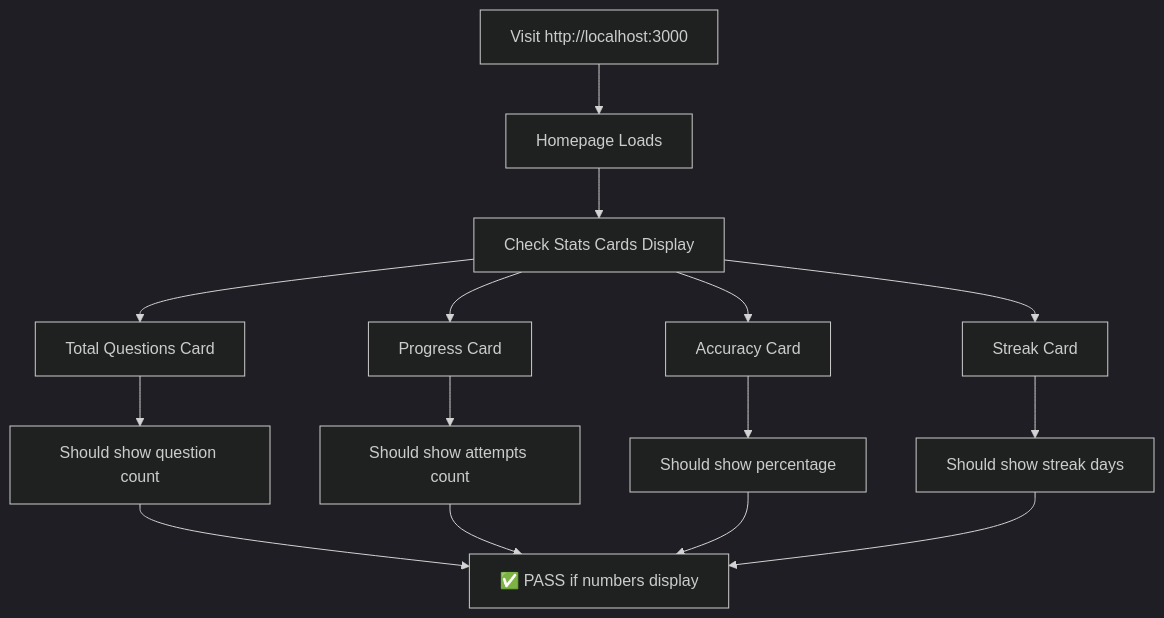
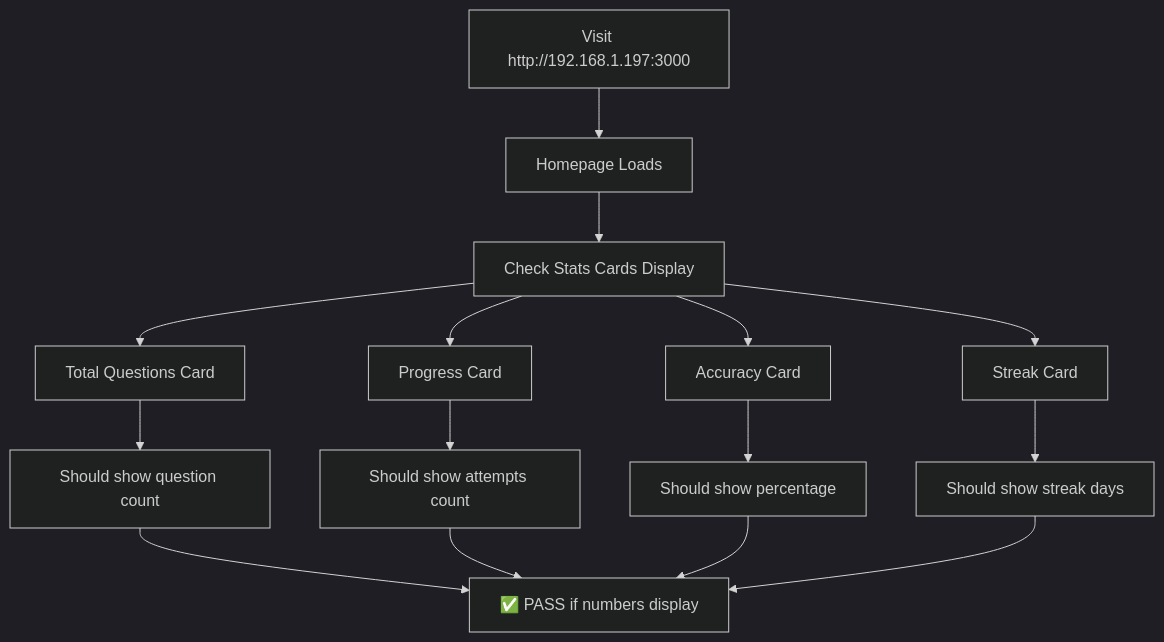
Before and after one commit to coder-5/ayanshtest: the first of 5 diagrams in FUNCTIONAL_TESTING_FLOWCHART.md, drawn with Mermaid (dark theme). The commit also changed 80 other files, not shown here.

````diff
--- a/FUNCTIONAL_TESTING_FLOWCHART.md
+++ b/FUNCTIONAL_TESTING_FLOWCHART.md
@@ -9,19 +9,19 @@
 ```mermaid
 graph TD
-    A[Visit http://localhost:3000] --> B[Homepage Loads]
+    A[Visit http://192.168.1.197:3000] --> B[Homepage Loads]
     B --> C[Check Stats Cards Display]
     C --> D1[Total Questions Card]
     C --> D2[Progress Card]
     C --> D3[Accuracy Card]
     C --> D4[Streak Card]
 
     D1 --> E1[Should show question count]
     D2 --> E2[Should show attempts count]
     D3 --> E3[Should show percentage]
     D4 --> E4[Should show streak days]
 
     E1 --> F[✅ PASS if numbers display]
     E2 --> F
     E3 --> F
     E4 --> F
 ```
````
